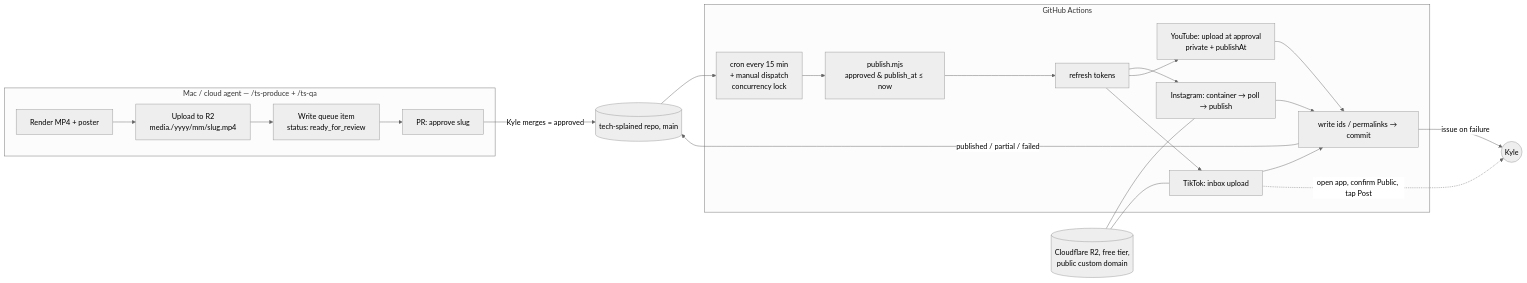
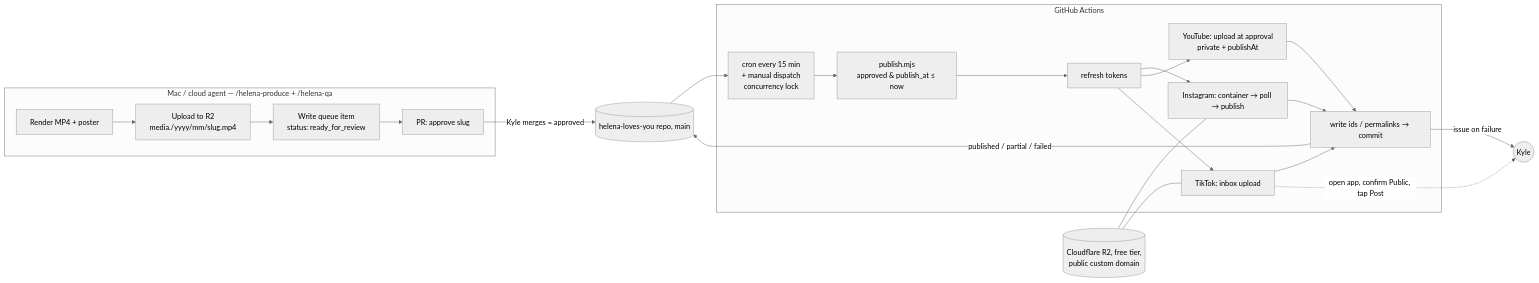
Before and after one commit to KShervington/helena-loves-you: the diagram in docs/08-publishing-scheduling.md, drawn with Mermaid (neutral theme). The commit also changed other lines of this file and 44 other files, not shown here.

First line of the commit message:
Rebrand to helena_loves_you: Helena voice bible, clinical design system, Helena hooks/request, slow-flat motion, synthetic disclosure, decision log D-00/D-01/D-10, type + visualizer test board

````diff
--- a/docs/08-publishing-scheduling.md
+++ b/docs/08-publishing-scheduling.md
@@ -31,23 +31,23 @@
 ```mermaid
 flowchart LR
-  subgraph Mac["Mac / cloud agent — /ts-produce + /ts-qa"]
+  subgraph Mac["Mac / cloud agent — /helena-produce + /helena-qa"]
     R[Render MP4 + poster] --> U[Upload to R2<br/>media.<domain>/yyyy/mm/slug.mp4]
     U --> Q[Write queue item<br/>status: ready_for_review]
     Q --> PR[PR: approve slug]
   end
-  PR -->|Kyle merges = approved| MAIN[(tech-splained repo, main)]
+  PR -->|Kyle merges = approved| MAIN[(helena-loves-you repo, main)]
   subgraph GHA["GitHub Actions"]
     C[cron every 15 min<br/>+ manual dispatch<br/>concurrency lock] --> L[publish.mjs<br/>approved & publish_at ≤ now]
     L --> T[refresh tokens]
     T --> IG[Instagram: container → poll → publish]
     T --> YT[YouTube: upload at approval<br/>private + publishAt]
     T --> TT[TikTok: inbox upload]
     IG & YT & TT --> W[write ids / permalinks → commit]
   end
   MAIN --> C
   W -->|published / partial / failed| MAIN
   W -->|issue on failure| K((Kyle))
   TT -.->|open app, confirm Public, tap Post| K
   R2[(Cloudflare R2, free tier,<br/>public custom domain)] --- IG
   R2 --- TT
 ```
````
